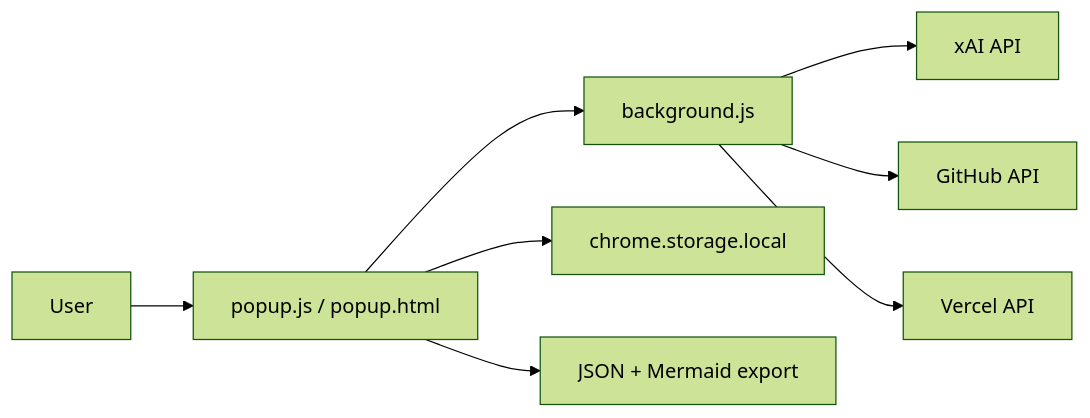
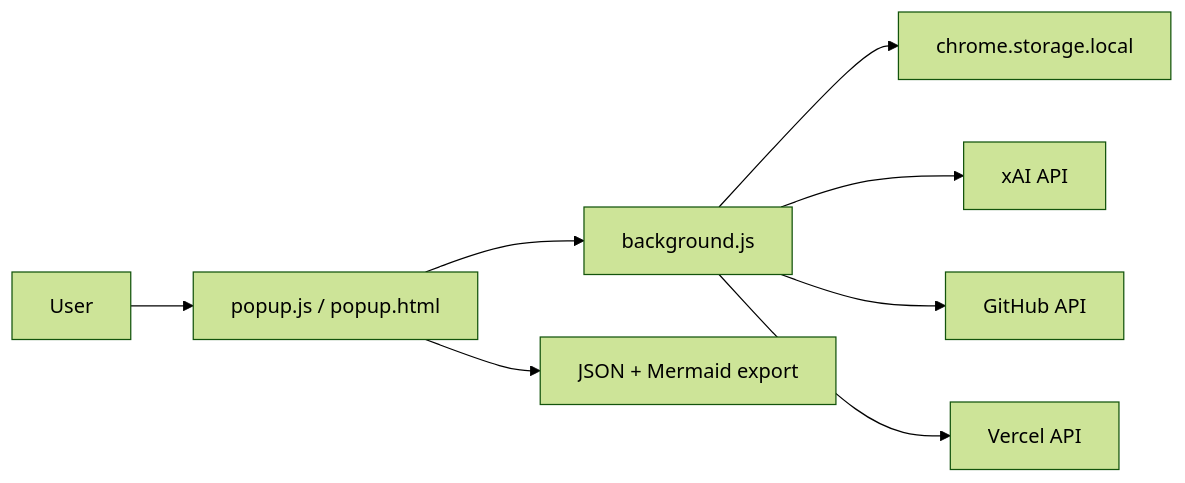
The diagram in .github/skills/code-review-agent/SKILL.md (groupthinking/agentic-chrome-extension-slingshot), drawn with Mermaid (forest theme) before and after one commit. The commit also changed 2 other files, not shown here.

Commit message:
docs: address copilot review follow-up

````diff
--- a/.github/skills/code-review-agent/SKILL.md
+++ b/.github/skills/code-review-agent/SKILL.md
@@ -22,10 +22,10 @@
 ```mermaid
 flowchart LR
   User --> Popup["popup.js / popup.html"]
   Popup --> Background["background.js"]
-  Popup --> Storage["chrome.storage.local"]
+  Background --> Storage["chrome.storage.local"]
   Background --> XAI["xAI API"]
   Background --> GitHub["GitHub API"]
   Background --> Vercel["Vercel API"]
   Popup --> Export["JSON + Mermaid export"]
 ```
````
